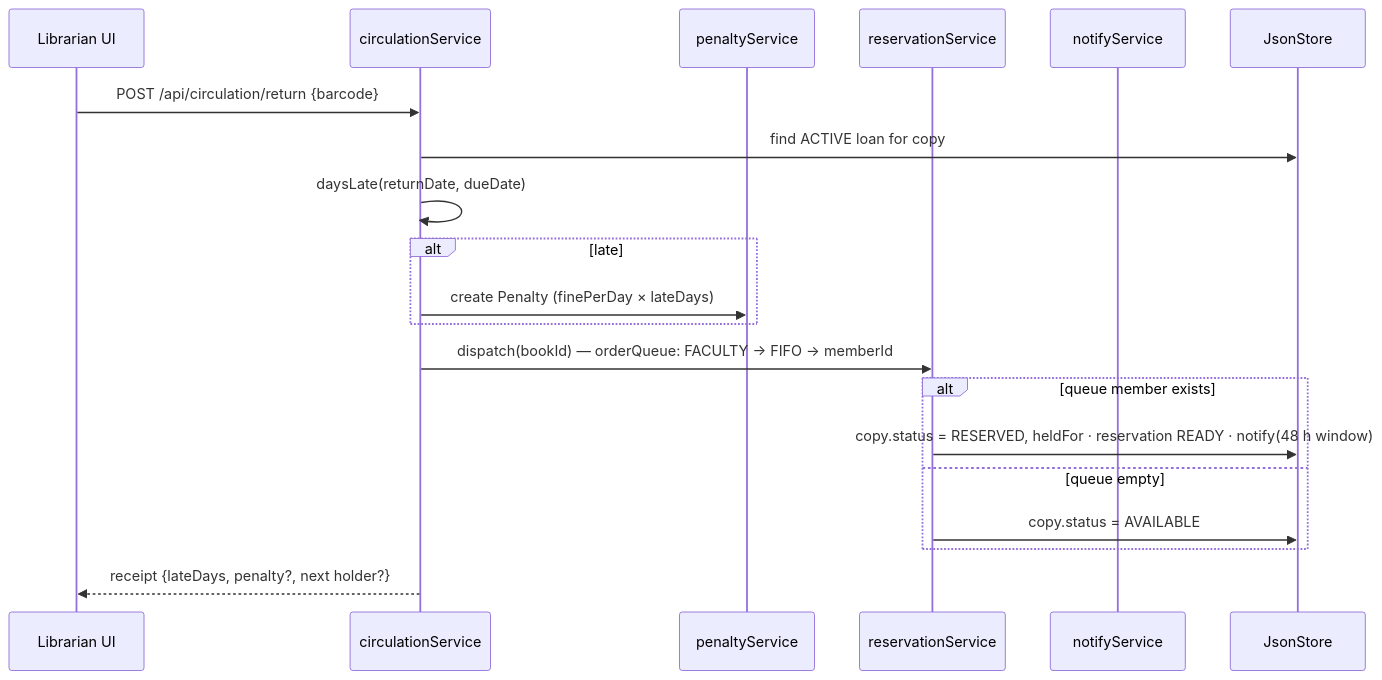
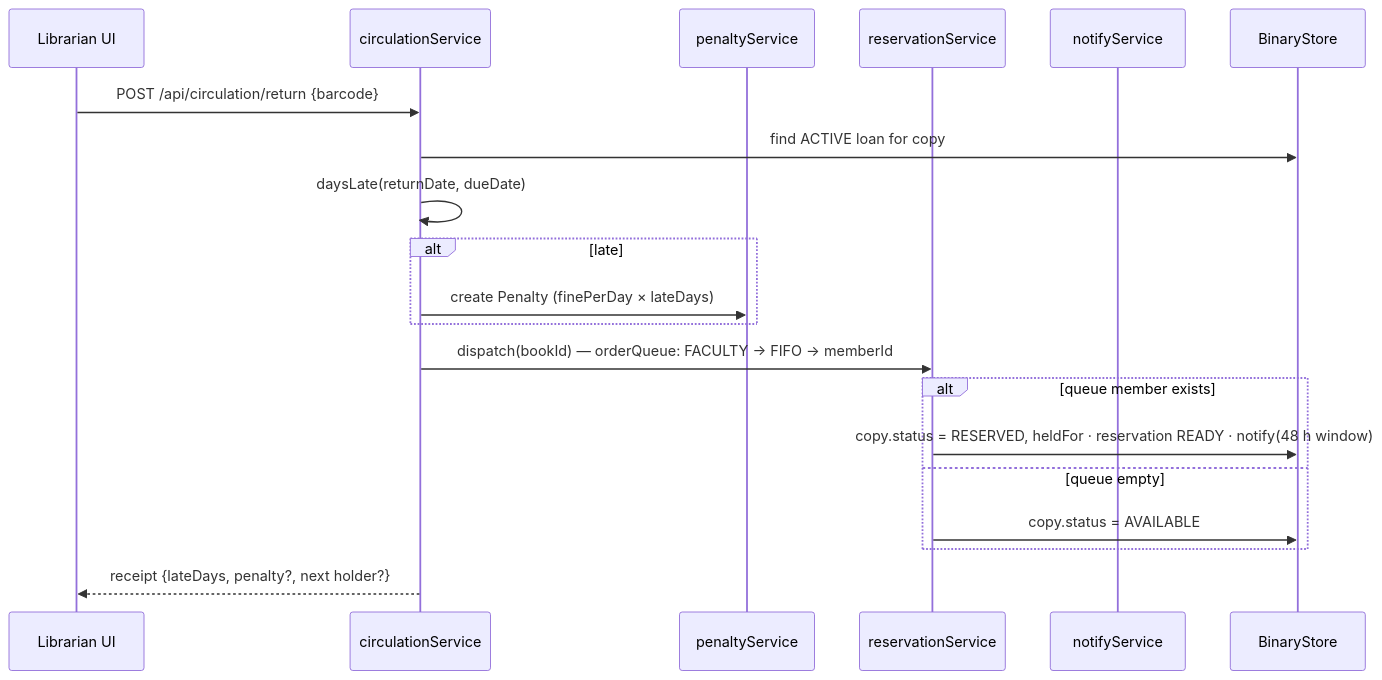
One commit to nidhish28guhan-netizen/kct-library changed the seventh of 7 diagrams in docs/unit-1-software-engineering-fundamentals-and-design.md. Above: the diagram before and after it, drawn with Mermaid. The commit also changed other lines of this file and 25 other files, not shown here.

First line of the commit message:
docs: sync all evidence to binary-store build — re-measured metrics

````diff
--- a/docs/unit-1-software-engineering-fundamentals-and-design.md
+++ b/docs/unit-1-software-engineering-fundamentals-and-design.md
@@ -274,22 +277,22 @@
 ```mermaid
 sequenceDiagram
   participant L as Librarian UI
   participant C as circulationService
   participant P as penaltyService
   participant RS as reservationService
   participant N as notifyService
-  participant R as JsonStore
+  participant R as BinaryStore
   L->>C: POST /api/circulation/return {barcode}
   C->>R: find ACTIVE loan for copy
   C->>C: daysLate(returnDate, dueDate)
   alt late
     C->>P: create Penalty (finePerDay × lateDays)
   end
   C->>RS: dispatch(bookId) — orderQueue: FACULTY → FIFO → memberId
   alt queue member exists
     RS->>R: copy.status = RESERVED, heldFor · reservation READY · notify(48 h window)
   else queue empty
     RS->>R: copy.status = AVAILABLE
   end
   C-->>L: receipt {lateDays, penalty?, next holder?}
 ```
````
